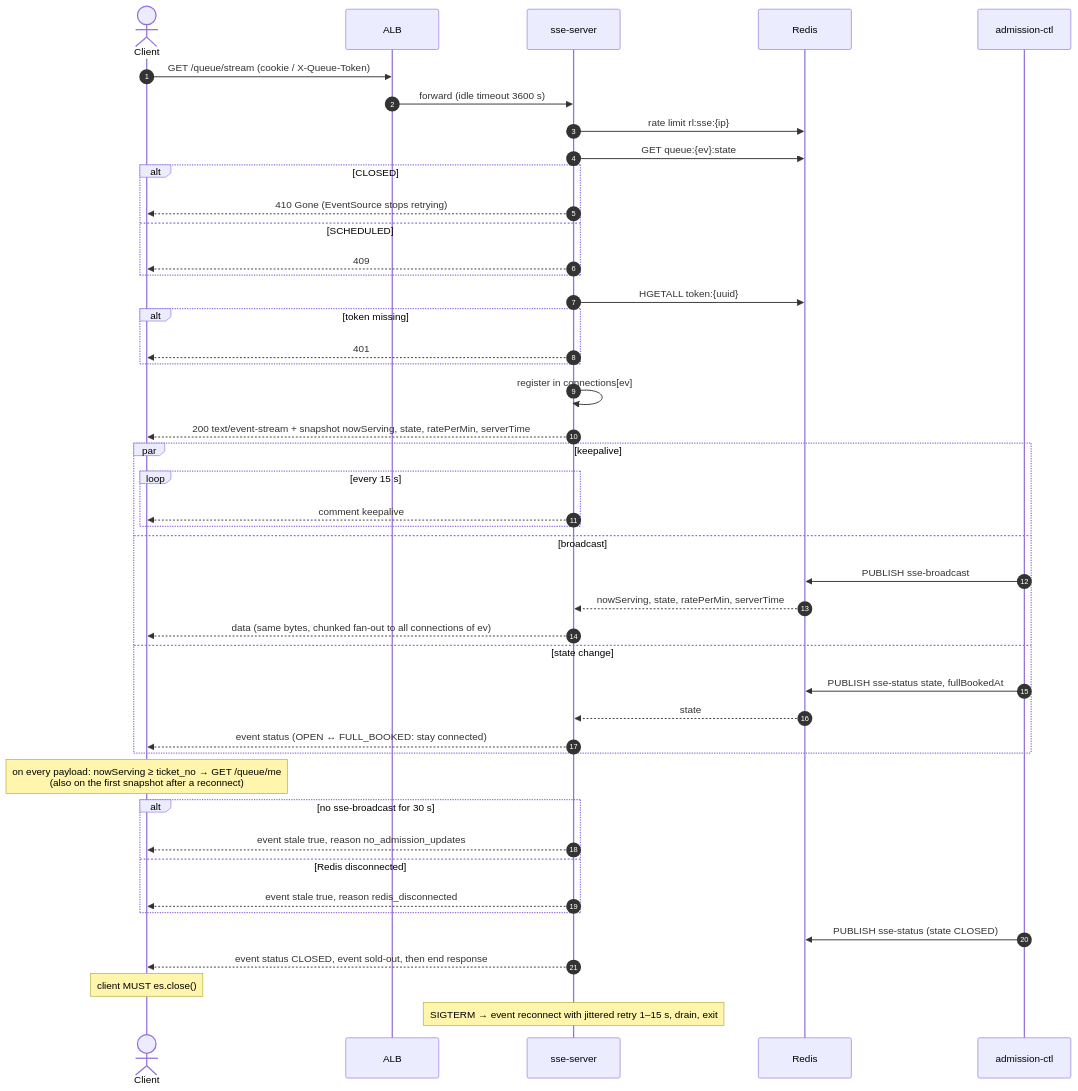
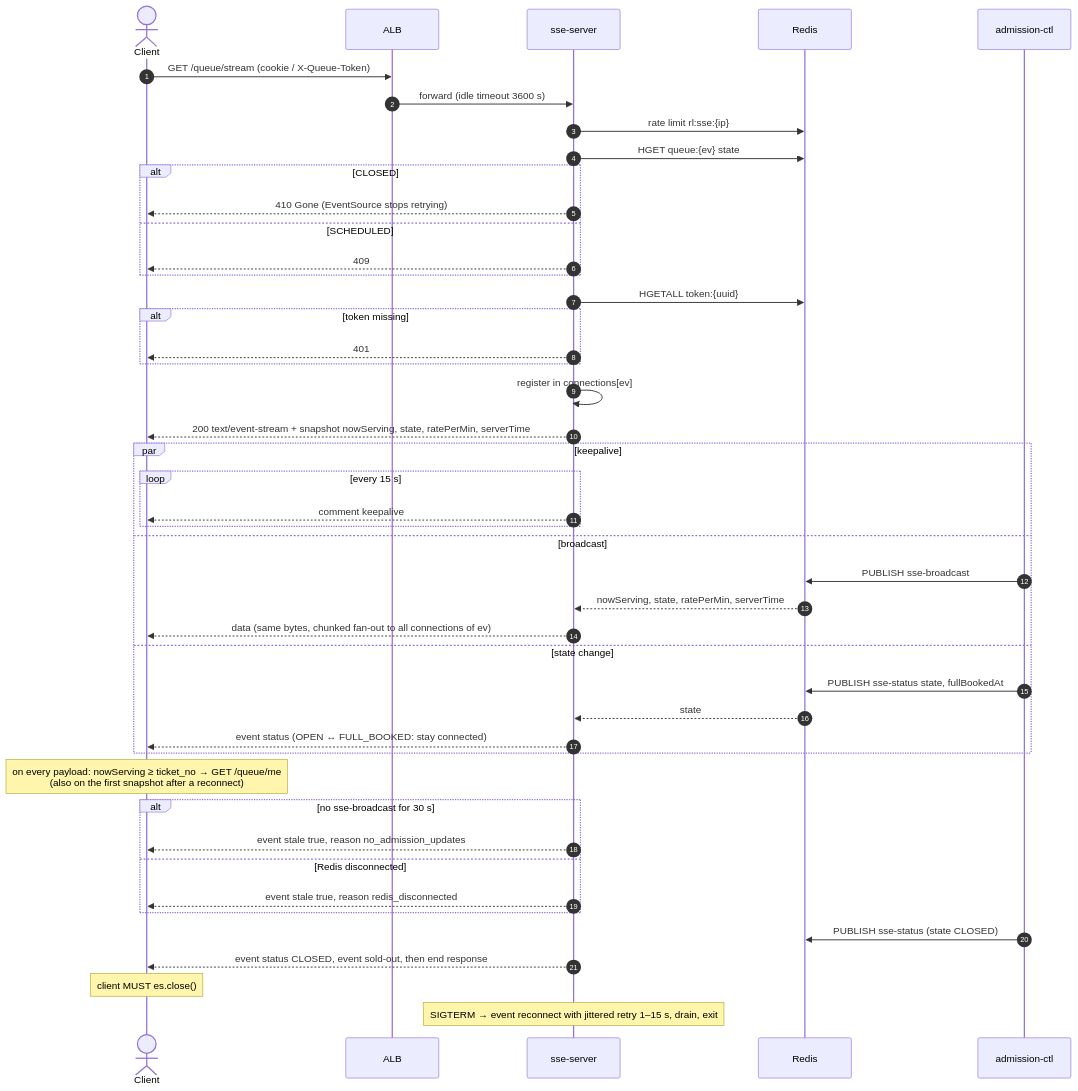
Before and after one commit to PTServerJanganTumbang-BookingTicket/be-rusuh-war-ticketing: the diagram in docs/04-queue/02-queue-status-stream.md, drawn with Mermaid. The commit also changed other lines of this file and 35 other files, not shown here.

````diff
--- a/docs/04-queue/02-queue-status-stream.md
+++ b/docs/04-queue/02-queue-status-stream.md
@@ -32,53 +32,53 @@
 ```mermaid
 sequenceDiagram
     autonumber
     actor C as Client
     participant ALB
     participant S as sse-server
     participant R as Redis
     participant CTL as admission-ctl
 
     C->>ALB: GET /queue/stream (cookie / X-Queue-Token)
     ALB->>S: forward (idle timeout 3600 s)
     S->>R: rate limit rl:sse:{ip}
-    S->>R: GET queue:{ev}:state
+    S->>R: HGET queue:{ev} state
     alt CLOSED
         S-->>C: 410 Gone (EventSource stops retrying)
     else SCHEDULED
         S-->>C: 409
     end
     S->>R: HGETALL token:{uuid}
     alt token missing
         S-->>C: 401
     end
     S->>S: register in connections[ev]
     S-->>C: 200 text/event-stream + snapshot nowServing, state, ratePerMin, serverTime
 
     par keepalive
         loop every 15 s
             S-->>C: comment keepalive
         end
     and broadcast
         CTL->>R: PUBLISH sse-broadcast
         R-->>S: nowServing, state, ratePerMin, serverTime
         S-->>C: data (same bytes, chunked fan-out to all connections of ev)
     and state change
         CTL->>R: PUBLISH sse-status state, fullBookedAt
         R-->>S: state
         S-->>C: event status (OPEN ↔ FULL_BOOKED: stay connected)
     end
 
     Note over C: on every payload: nowServing ≥ ticket_no → GET /queue/me<br/>(also on the first snapshot after a reconnect)
 
     alt no sse-broadcast for 30 s
         S-->>C: event stale true, reason no_admission_updates
     else Redis disconnected
         S-->>C: event stale true, reason redis_disconnected
     end
 
     CTL->>R: PUBLISH sse-status (state CLOSED)
     S-->>C: event status CLOSED, event sold-out, then end response
     Note over C: client MUST es.close()
 
     Note over S: SIGTERM → event reconnect with jittered retry 1–15 s, drain, exit
 ```
````
